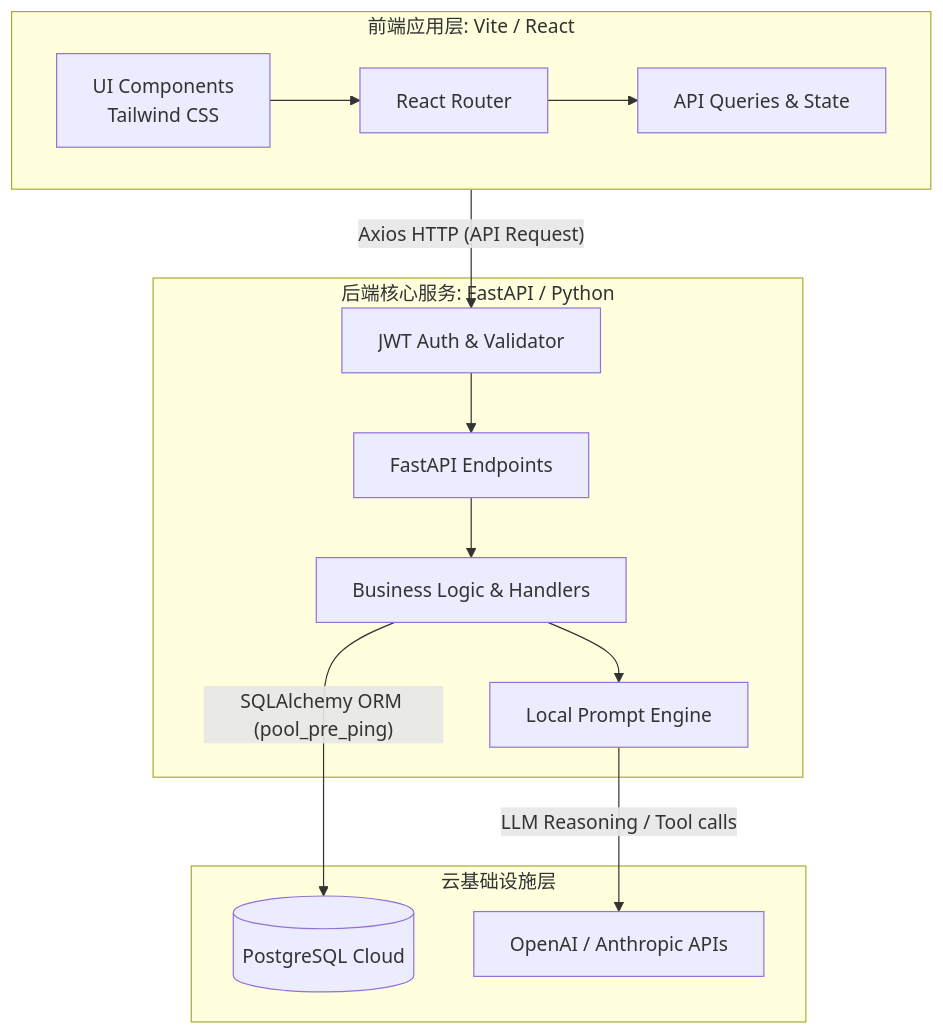
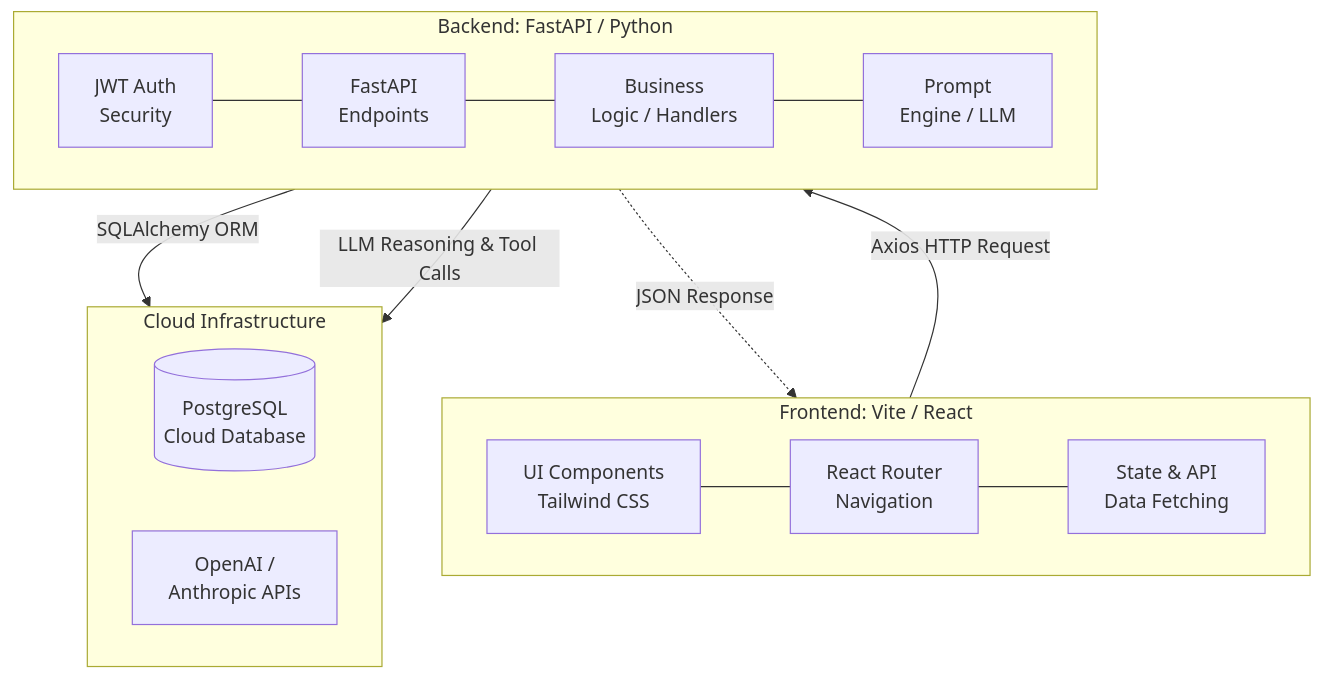
One commit to MelanieLLY/LearnMateAI changed the diagram in README_zh.md. Above: the diagram before and after it, drawn with Mermaid. The commit also changed other lines of this file and 13 other files, not shown here.

Commit message:
chore: update architecture diagram and cleanup

````diff
--- a/README_zh.md
+++ b/README_zh.md
@@ -56,26 +63,30 @@
 ```mermaid
 graph TD
     %% 客户端与界面层
-    subgraph Client [前端应用层: Vite / React]
-        UI[UI Components<br/>Tailwind CSS] --> Router[React Router]
-        Router --> APIStore[API Queries & State]
+    subgraph Client [Frontend: Vite / React]
+        direction LR
+        UI[UI Components<br/>Tailwind CSS] --- Router[React Router<br/>Navigation]
+        Router --- APIStore[State & API<br/>Data Fetching]
     end
 
     %% 后端与 API 层
-    subgraph Server [后端核心服务: FastAPI / Python]
-        Security[JWT Auth & Validator] --> API[FastAPI Endpoints]
-        API --> Handlers[Business Logic & Handlers]
-        Handlers --> Prompt[Local Prompt Engine]
+    subgraph Server [Backend: FastAPI / Python]
+        direction LR
+        Security[JWT Auth<br/>Security] --- API[FastAPI<br/>Endpoints]
+        API --- Handlers[Business<br/>Logic / Handlers]
+        Handlers --- Prompt[Prompt<br/>Engine / LLM]
     end
 
     %% 数据库与大语言模型集成
-    subgraph Infrastructure [云基础设施层]
-        DB[(PostgreSQL Cloud)]
-        LLM[OpenAI / Anthropic APIs]
+    subgraph Infrastructure [Cloud Infrastructure]
+        direction LR
+        DB[(PostgreSQL<br/>Cloud Database)]
+        LLM[OpenAI /<br/>Anthropic APIs]
     end
 
     %% 连接关系与数据流向
-    Client -- "Axios HTTP (API Request)" --> Security
-    Handlers -- "SQLAlchemy ORM (pool_pre_ping)" --> DB
-    Prompt -- "LLM Reasoning / Tool calls" --> LLM
+    APIStore -- "Axios HTTP Request" --> API
+    API -. "JSON Response" .-> APIStore
+    Handlers -- "SQLAlchemy ORM" --> DB
+    Prompt -- "LLM Reasoning & Tool Calls" --> LLM
 ```
````
